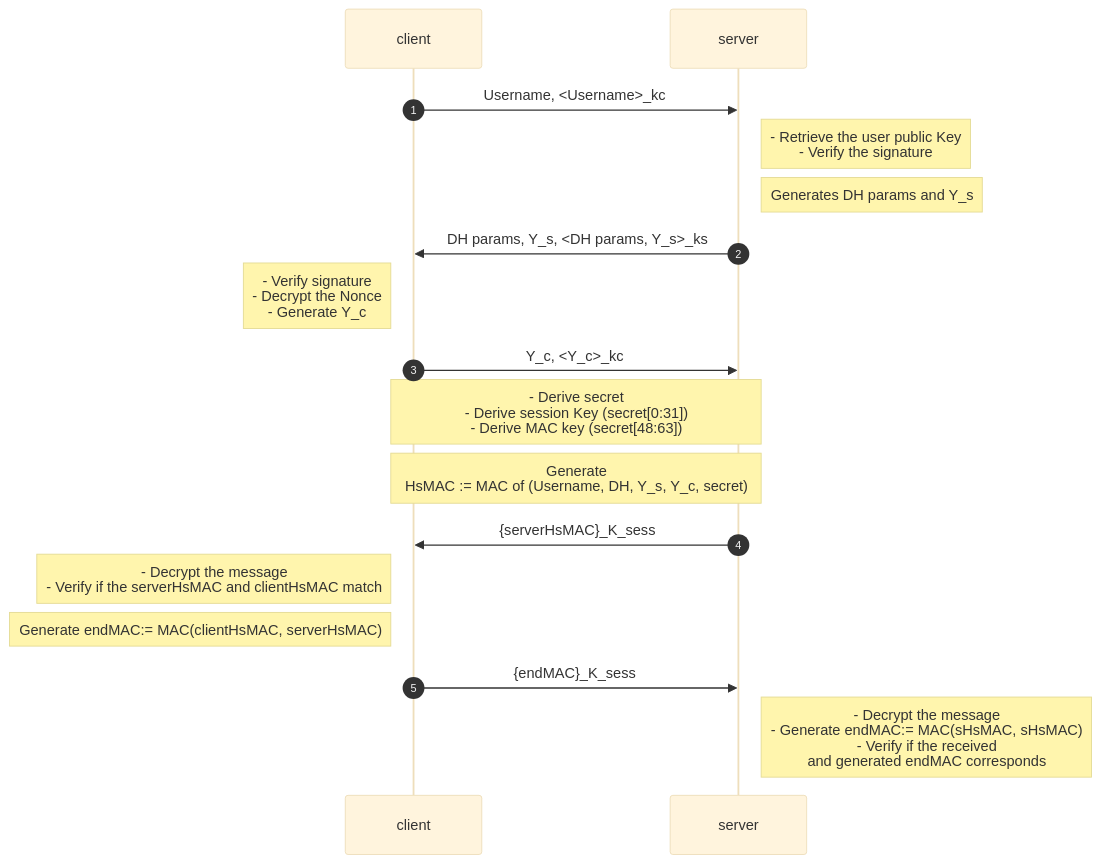
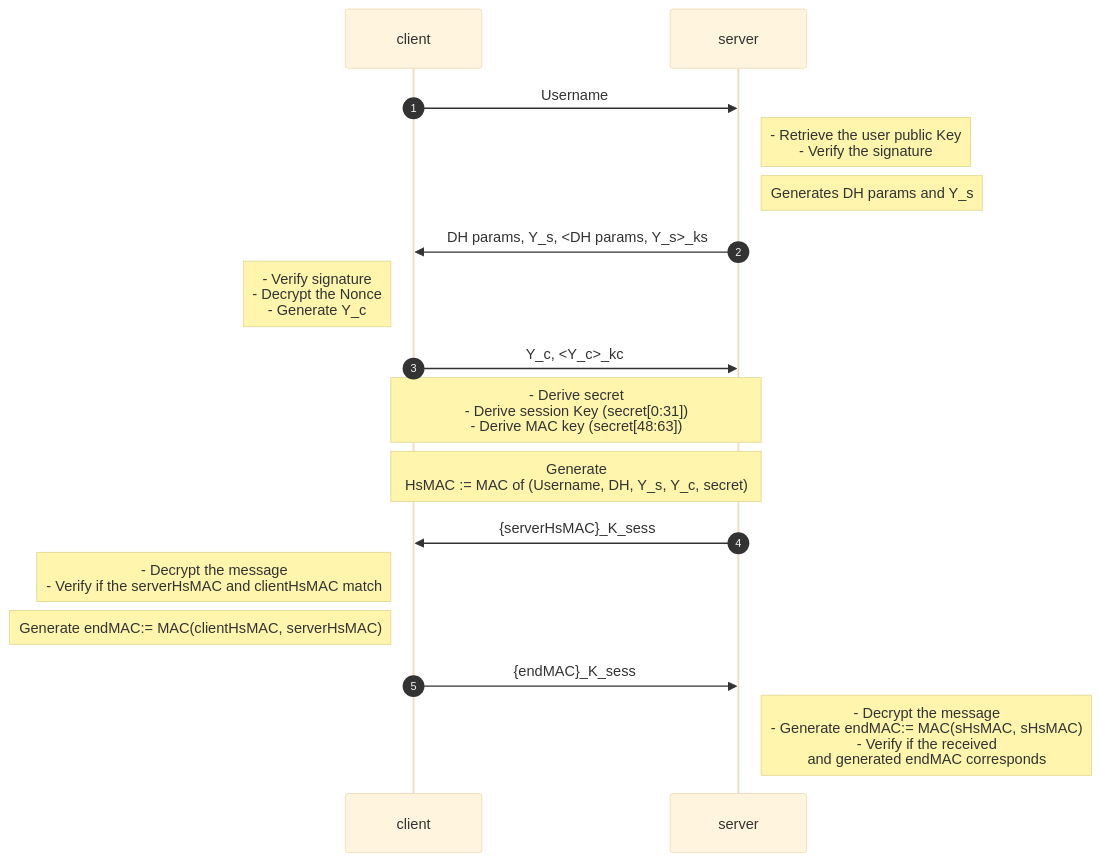
The diagram in docs/handshake.md (just-hms/FoC), drawn with Mermaid (base theme) before and after one commit.

Commit message:
edit: removed username from hs

````diff
--- a/docs/handshake.md
+++ b/docs/handshake.md
@@ -1,25 +1,25 @@
 ```mermaid
 sequenceDiagram
 autonumber
     participant client
     participant server
     
-    client ->> server:        Username, <Username>_kc
+    client ->> server:        Username
     Note right of server:     - Retrieve the user public Key <br/> - Verify the signature
     Note right of server:     Generates DH params and Y_s
     server ->> client:        DH params, Y_s, <DH params, Y_s>_ks
     Note left of client:      - Verify signature <br/>- Decrypt the Nonce<br/>- Generate Y_c
     client ->> server:        Y_c, <Y_c>_kc
 
     Note over client,server:  - Derive secret<br/>- Derive session Key (secret[0:31])<br/>- Derive MAC key (secret[48:63])
     
     Note over client,server: Generate <br/>HsMAC := MAC of (Username, DH, Y_s, Y_c, secret)
 
     server ->> client:        {serverHsMAC}_K_sess
     Note left of client:      - Decrypt the message<br/>- Verify if the serverHsMAC and clientHsMAC match
 
     Note left of client:      Generate endMAC:= MAC(clientHsMAC, serverHsMAC)
     
     client ->> server:        {endMAC}_K_sess
     Note right of server:     - Decrypt the message<br/>- Generate endMAC:= MAC(sHsMAC, sHsMAC)<br/>- Verify if the received <br/>and generated endMAC corresponds
 ```
````
